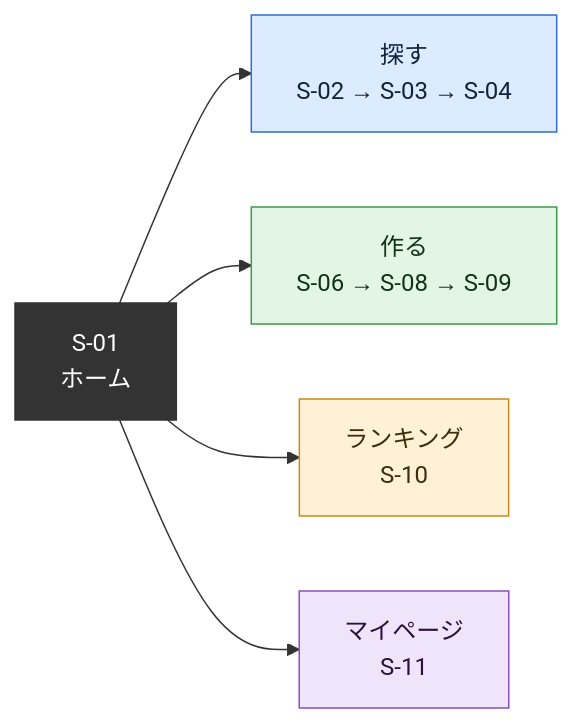
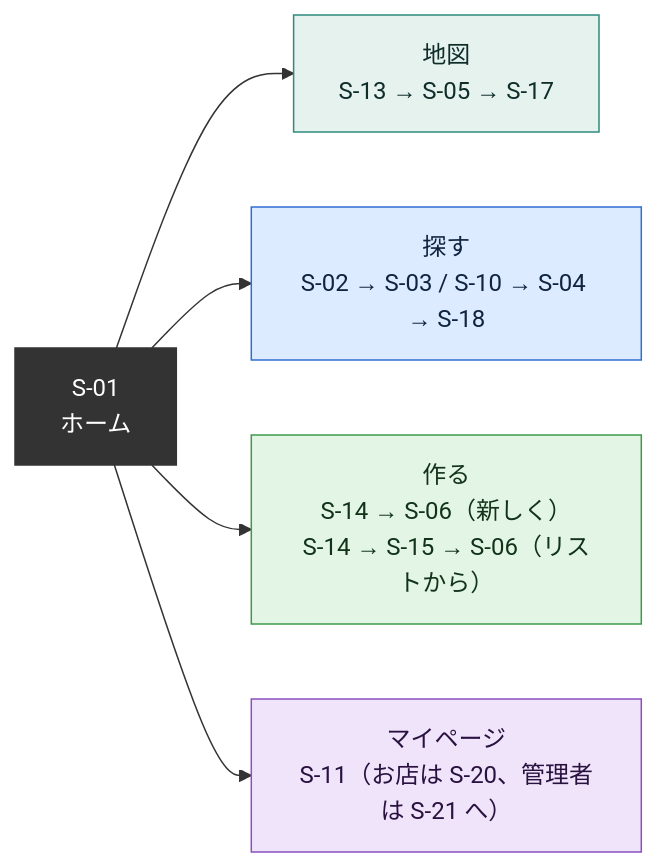
The third of 15 diagrams in docs/requirements.md (ponsuke108/Kanazawa_Trip), drawn with Mermaid before and after one commit. The commit also changed other lines of this file and 1 other file, not shown here.

````diff
--- a/docs/requirements.md
+++ b/docs/requirements.md
@@ -413,20 +800,25 @@
 ```mermaid
 flowchart LR
     S01["S-01<br>ホーム"]:::home
 
-    A["探す<br>S-02 → S-03 → S-04"]:::search
-    B["作る<br>S-06 → S-08 → S-09"]:::create
-    C["ランキング<br>S-10"]:::rank
-    D["マイページ<br>S-11"]:::my
+    M["地図<br>S-13 → S-05 → S-17"]:::map
+    A["探す<br>S-02 → S-03 / S-10 → S-04 → S-18"]:::search
+    B["作る<br>S-14 → S-06（新しく）<br>S-14 → S-15 → S-06（リストから）"]:::create
+    D["マイページ<br>S-11（お店は S-20、管理者は S-21 へ）"]:::my
 
+    S01 --> M
     S01 --> A
     S01 --> B
-    S01 --> C
     S01 --> D
 
     classDef home fill:#333333,stroke:#333333,color:#FFFFFF
+    classDef map fill:#E6F2EE,stroke:#2F8A7E,color:#0F2E2A
     classDef search fill:#DCEBFF,stroke:#2F6FD0,color:#10243F
+    classDef list fill:#FFF1D6,stroke:#C98A1B,color:#3F2C08
     classDef create fill:#E3F6E5,stroke:#3C9A4B,color:#12331A
-    classDef rank fill:#FFF1D6,stroke:#C98A1B,color:#3F2C08
+    classDef post fill:#F0E4FA,stroke:#8A4FC0,color:#2A1240
+    classDef shop fill:#FBE7E1,stroke:#C4553A,color:#3F1A10
     classDef my fill:#F0E4FA,stroke:#8A4FC0,color:#2A1240
+    classDef login fill:#F3F4F6,stroke:#6B7280,color:#1F2937
+    classDef ext fill:#FFFFFF,stroke:#888888,stroke-dasharray:4 3,color:#333333
 ```
````
